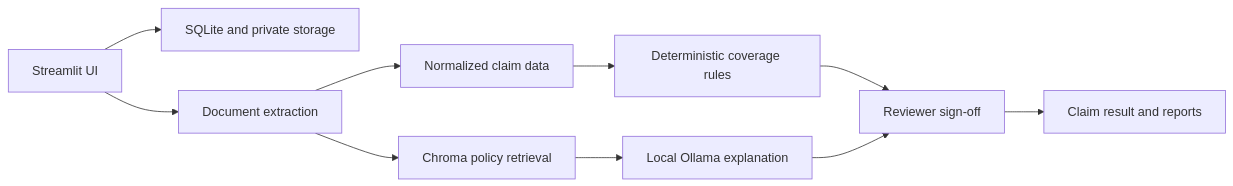
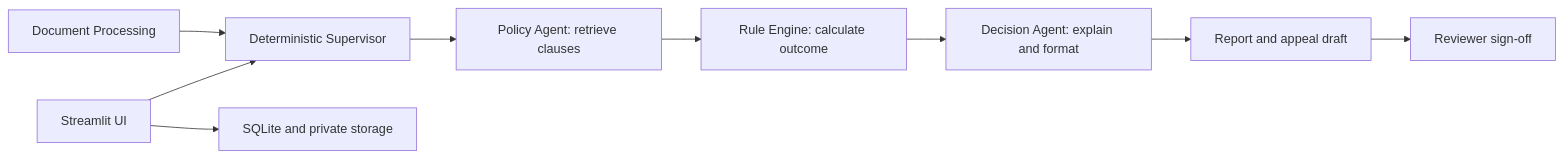
Before and after one commit to pratapasaivarun/MEDI-GAURD-AI-: the diagram in README.md, drawn with Mermaid. The commit also changed other lines of this file and 28 other files, not shown here.

````diff
--- a/README.md
+++ b/README.md
@@ -24,12 +28,11 @@
 ```mermaid
 flowchart LR
-    A[Streamlit UI] --> B[SQLite and private storage]
-    A --> C[Document extraction]
-    C --> D[Normalized claim data]
-    D --> E[Deterministic coverage rules]
-    C --> F[Chroma policy retrieval]
-    F --> G[Local Ollama explanation]
-    E --> H[Reviewer sign-off]
-    G --> H
-    H --> I[Claim result and reports]
+    A[Document Processing] --> B[Deterministic Supervisor]
+    B --> C[Policy Agent: retrieve clauses]
+    C --> D[Rule Engine: calculate outcome]
+    D --> E[Decision Agent: explain and format]
+    E --> F[Report and appeal draft]
+    F --> G[Reviewer sign-off]
+    H[Streamlit UI] --> B
+    H --> I[SQLite and private storage]
 ```
````
